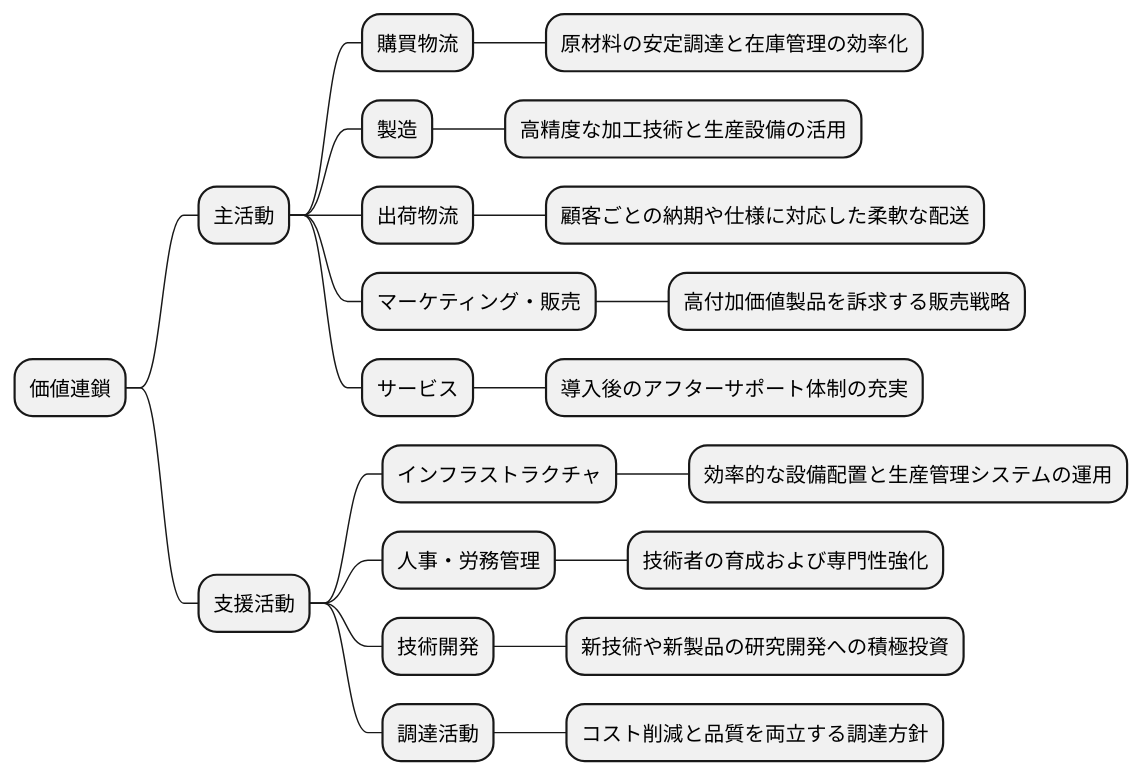
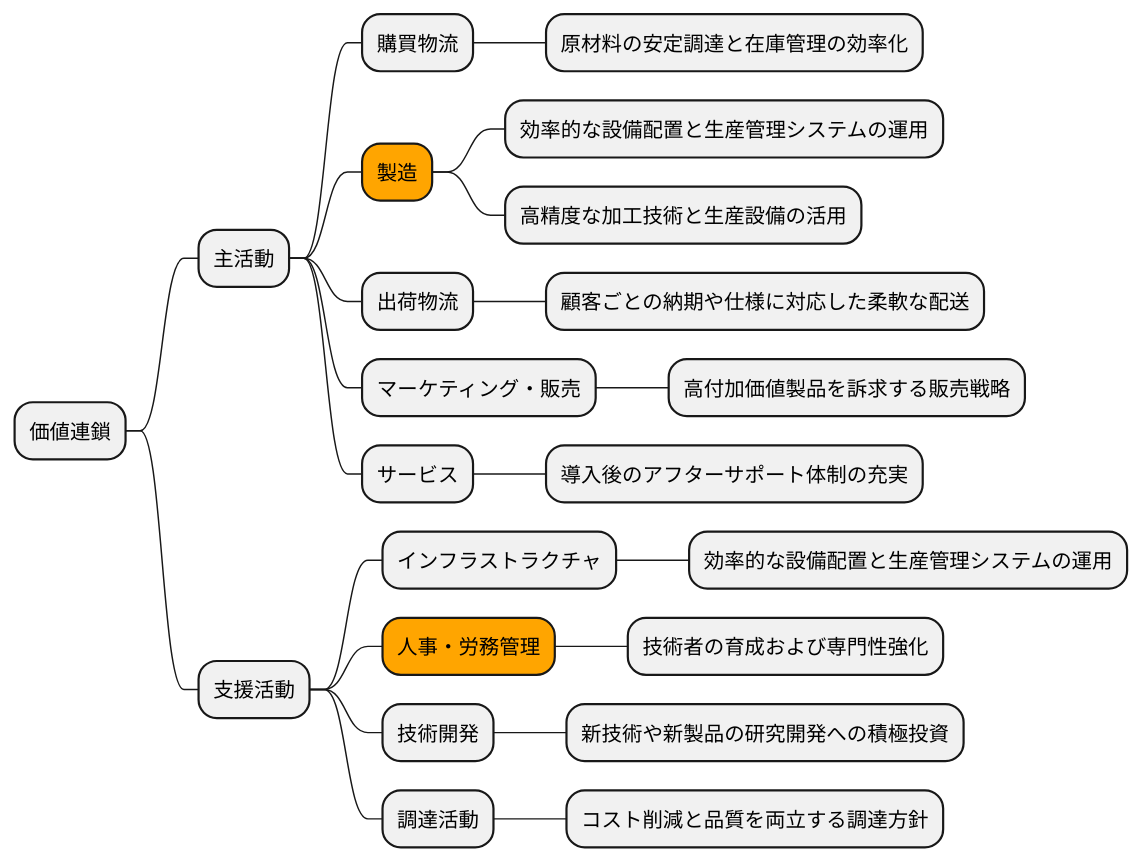
One commit to k2works/case-sutudy-business-analysis changed the tenth of 16 diagrams in docs/case/r01_case_3.adoc. Above: the diagram before and after it, drawn with PlantUML. The commit also changed other lines of this file, not shown here.

```diff
--- a/docs/case/r01_case_3.adoc
+++ b/docs/case/r01_case_3.adoc
@@ -336,28 +370,29 @@
 [plantuml]
 ----
 @startmindmap
 
 * 価値連鎖
 ** 主活動
 *** 購買物流
 **** 原材料の安定調達と在庫管理の効率化
-*** 製造
+***[#orange] 製造
+**** 効率的な設備配置と生産管理システムの運用
 **** 高精度な加工技術と生産設備の活用
 *** 出荷物流
 **** 顧客ごとの納期や仕様に対応した柔軟な配送
 *** マーケティング・販売
 **** 高付加価値製品を訴求する販売戦略
 *** サービス
 **** 導入後のアフターサポート体制の充実
 ** 支援活動
 *** インフラストラクチャ
 **** 効率的な設備配置と生産管理システムの運用
-*** 人事・労務管理
+***[#orange] 人事・労務管理
 **** 技術者の育成および専門性強化
 *** 技術開発
 **** 新技術や新製品の研究開発への積極投資
 *** 調達活動
 **** コスト削減と品質を両立する調達方針
 
 @endmindmap
 ----
```
